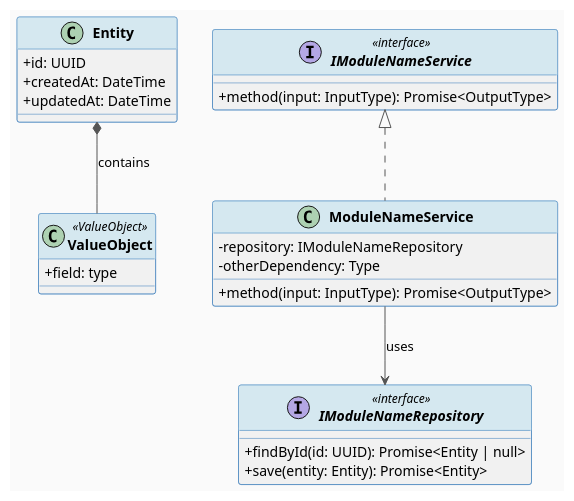
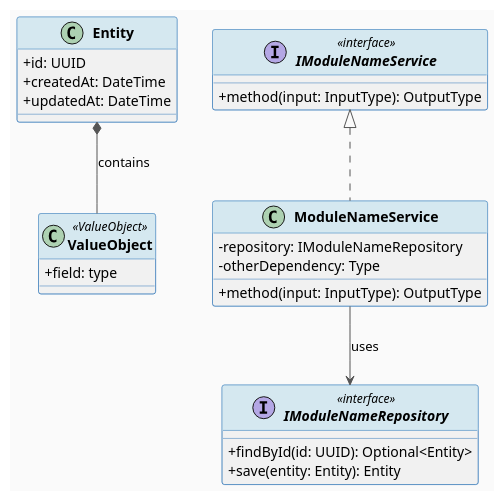
Before and after one commit to ChuongBDHE172784/CareBridge_SEP490_G79: the first of 4 diagrams in 08_References/Template/PHASE-3_TDS.md, drawn with PlantUML. The commit also changed other lines of this file and 103 other files, not shown here.

````diff
--- a/08_References/Template/PHASE-3_TDS.md
+++ b/08_References/Template/PHASE-3_TDS.md
@@ -161,47 +161,47 @@
 ```plantuml
 @startuml ModuleName_ClassDiagram
 skinparam classAttributeIconSize 0
 skinparam classFontStyle bold
 skinparam backgroundColor #FAFAFA
 skinparam ArrowColor #555555
 skinparam ClassBorderColor #2E75B6
 skinparam ClassHeaderBackgroundColor #D5E8F0
 
 ' === ENTITIES ===
 class Entity {
   + id: UUID
   + createdAt: DateTime
   + updatedAt: DateTime
   ' ... các thuộc tính khác (liệt kê đầy đủ, không bỏ sót)
 }
 
 ' === VALUE OBJECTS ===
 class ValueObject <<ValueObject>> {
   + field: type
   ' Value Objects là immutable — không có setter
 }
 
 ' === SERVICES ===
 interface IModuleNameService <<interface>> {
-  + method(input: InputType): Promise<OutputType>
+  + method(input: InputType): OutputType
 }
 
 class ModuleNameService implements IModuleNameService {
   - repository: IModuleNameRepository
   - otherDependency: Type
-  + method(input: InputType): Promise<OutputType>
+  + method(input: InputType): OutputType
 }
 
 ' === REPOSITORIES ===
 interface IModuleNameRepository <<interface>> {
-  + findById(id: UUID): Promise<Entity | null>
-  + save(entity: Entity): Promise<Entity>
+  + findById(id: UUID): Optional<Entity>
+  + save(entity: Entity): Entity
 }
 
 ' === RELATIONSHIPS ===
 ModuleNameService --> IModuleNameRepository : uses
 Entity *-- ValueObject : contains
 
 @enduml
 
 ```
````
